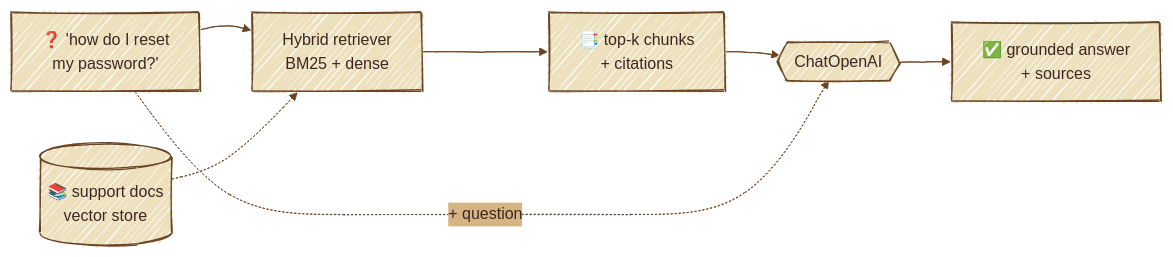
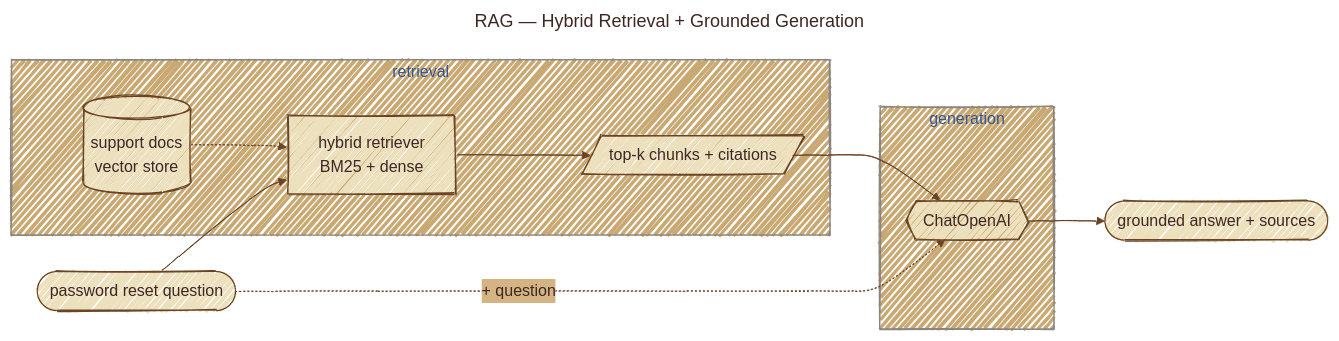
The ninth of 29 diagrams in README.md (gtesei/agentic_design_patterns), drawn with Mermaid before and after one commit. The commit also changed other lines of this file, not shown here.

Commit message:
docs(1_prompt_chain): add Mermaid diagram of the spec→JSON chain

````diff
--- a/README.md
+++ b/README.md
@@ -557,14 +622,25 @@
 ```mermaid
+---
+title: RAG — Hybrid Retrieval + Grounded Generation
+---
 %%{init: {'look':'handDrawn','theme':'base','themeVariables':{'background':'#f5ecd9','primaryColor':'#ede0bd','primaryBorderColor':'#6b4423','primaryTextColor':'#3e2723','lineColor':'#6b4423','secondaryColor':'#d4b483','tertiaryColor':'#c9a872','fontFamily':'Caveat, Patrick Hand, cursive'}}}%%
 flowchart LR
-    Q["❓ 'how do I reset<br/>my password?'"]
-    Idx[("📚 support docs<br/>vector store")]
-    Ret["Hybrid retriever<br/>BM25 + dense"]
-    Ctx["📑 top-k chunks<br/>+ citations"]
-    LLM{{ChatOpenAI}}
-    Ans["✅ grounded answer<br/>+ sources"]
+    Q([password reset question])
+    Ans([grounded answer + sources])
+
+    subgraph retrieval ["retrieval"]
+        Idx[(support docs<br/>vector store)]
+        Ret[hybrid retriever<br/>BM25 + dense]
+        Ctx[/top-k chunks + citations/]
+        Idx -.-> Ret --> Ctx
+    end
+
+    subgraph generation ["generation"]
+        LLM{{ChatOpenAI}}
+    end
+
     Q --> Ret
-    Idx -.-> Ret
-    Ret --> Ctx --> LLM --> Ans
+    Ctx --> LLM
     Q -. "+ question" .-> LLM
+    LLM --> Ans
 ```
````
